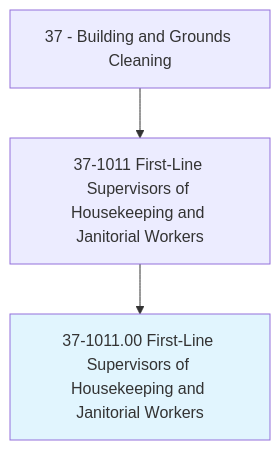
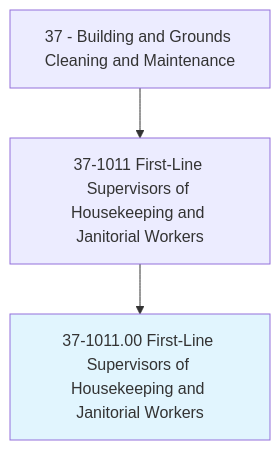
The first of 4 diagrams in occupations/Facilities/FirstLineSupervisorsOfHousekeepingAndJanitorialWorkers.mdx (kziemski/business.org.ai), drawn with Mermaid before and after one commit. The commit also changed other lines of this file and 938 other files, not shown here.

````diff
--- a/occupations/Facilities/FirstLineSupervisorsOfHousekeepingAndJanitorialWorkers.mdx
+++ b/occupations/Facilities/FirstLineSupervisorsOfHousekeepingAndJanitorialWorkers.mdx
@@ -19,6 +23,6 @@
 ```mermaid
 graph TD
-    Cat37["37 - Building and Grounds Cleaning"] --> Group371011["37-1011 First-Line Supervisors of Housekeeping and Janitorial Workers"]
+    Cat37["37 - Building and Grounds Cleaning and Maintenance"] --> Group371011["37-1011 First-Line Supervisors of Housekeeping and Janitorial Workers"]
     Group371011 --> Current["37-1011.00 First-Line Supervisors of Housekeeping and Janitorial Workers"]
     style Current fill:#e1f5fe
 ```
````
